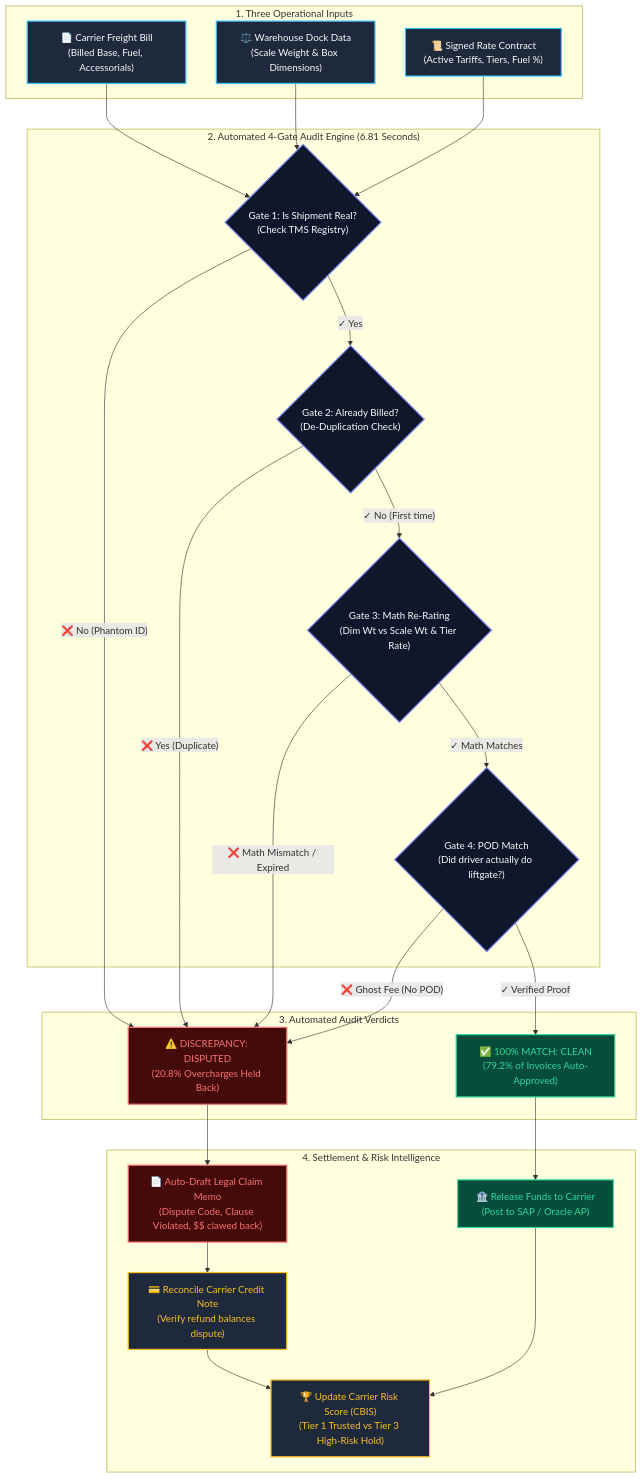
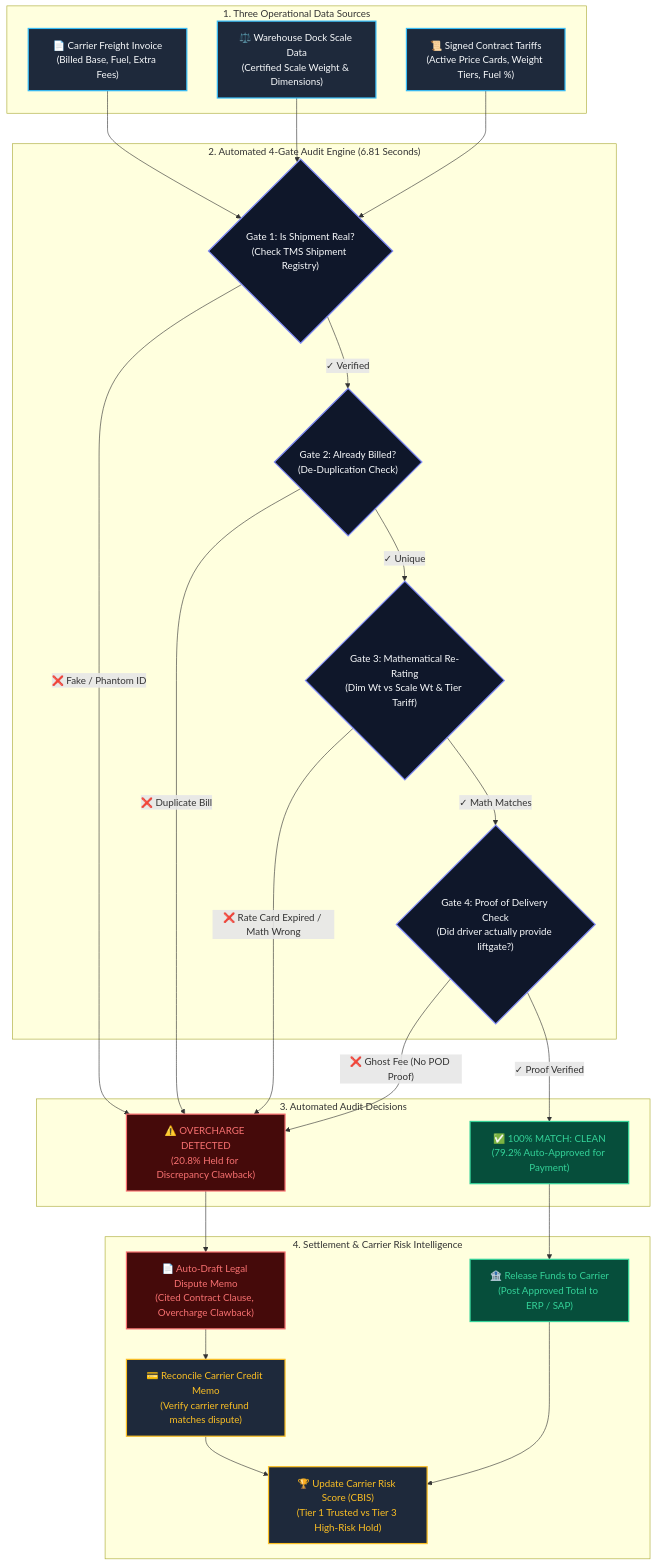
Before and after one commit to luffy-2601/Yottaflex-AI: the diagram in README.md, drawn with Mermaid. The commit also changed other lines of this file and 6 other files, not shown here.

````diff
--- a/README.md
+++ b/README.md
@@ -40,52 +84,48 @@
 ```mermaid
 flowchart TD
     classDef input fill:#1e293b,stroke:#38bdf8,stroke-width:2px,color:#f8fafc;
     classDef engine fill:#0f172a,stroke:#818cf8,stroke-width:2px,color:#f8fafc;
     classDef clean fill:#064e3b,stroke:#34d399,stroke-width:2px,color:#34d399;
     classDef dispute fill:#450a0a,stroke:#f87171,stroke-width:2px,color:#f87171;
     classDef post fill:#1e293b,stroke:#fbbf24,stroke-width:2px,color:#fbbf24;
 
-    subgraph Inputs["1. Three Operational Inputs"]
-        A["📄 Carrier Freight Bill<br/>(Billed Base, Fuel, Accessorials)"]:::input
-        B["⚖️ Warehouse Dock Data<br/>(Scale Weight & Box Dimensions)"]:::input
-        C["📜 Signed Rate Contract<br/>(Active Tariffs, Tiers, Fuel %)"]:::input
+    subgraph Inputs["1. Three Operational Data Sources"]
+        A["📄 Carrier Freight Invoice<br/>(Billed Base, Fuel, Extra Fees)"]:::input
+        B["⚖️ Warehouse Dock Scale Data<br/>(Certified Scale Weight & Dimensions)"]:::input
+        C["📜 Signed Contract Tariffs<br/>(Active Price Cards, Weight Tiers, Fuel %)"]:::input
     end
 
     subgraph AuditEngine["2. Automated 4-Gate Audit Engine (6.81 Seconds)"]
-        Gate1{"Gate 1: Is Shipment Real?<br/>(Check TMS Registry)"}:::engine
+        Gate1{"Gate 1: Is Shipment Real?<br/>(Check TMS Shipment Registry)"}:::engine
         Gate2{"Gate 2: Already Billed?<br/>(De-Duplication Check)"}:::engine
-        Gate3{"Gate 3: Math Re-Rating<br/>(Dim Wt vs Scale Wt & Tier Rate)"}:::engine
-        Gate4{"Gate 4: POD Match<br/>(Did driver actually do liftgate?)"}:::engine
+        Gate3{"Gate 3: Mathematical Re-Rating<br/>(Dim Wt vs Scale Wt & Tier Tariff)"}:::engine
+        Gate4{"Gate 4: Proof of Delivery Check<br/>(Did driver actually provide liftgate?)"}:::engine
     end
 
-    subgraph Decisions["3. Automated Audit Verdicts"]
-        CleanVerdict["✅ 100% MATCH: CLEAN<br/>(79.2% of Invoices Auto-Approved)"]:::clean
-        DisputeVerdict["⚠️ DISCREPANCY: DISPUTED<br/>(20.8% Overcharges Held Back)"]:::dispute
+    subgraph Decisions["3. Automated Audit Decisions"]
+        CleanVerdict["✅ 100% MATCH: CLEAN<br/>(79.2% Auto-Approved for Payment)"]:::clean
+        DisputeVerdict["⚠️ OVERCHARGE DETECTED<br/>(20.8% Held for Discrepancy Clawback)"]:::dispute
     end
 
-    subgraph Settlement["4. Settlement & Risk Intelligence"]
-        Payment["🏦 Release Funds to Carrier<br/>(Post to SAP / Oracle AP)"]:::clean
-        LegalMemo["📄 Auto-Draft Legal Claim Memo<br/>(Dispute Code, Clause Violated, $$ clawed back)"]:::dispute
-        CreditReconcile["💳 Reconcile Carrier Credit Note<br/>(Verify refund balances dispute)"]:::post
+    subgraph Settlement["4. Settlement & Carrier Risk Intelligence"]
+        Payment["🏦 Release Funds to Carrier<br/>(Post Approved Total to ERP / SAP)"]:::clean
+        LegalMemo["📄 Auto-Draft Legal Dispute Memo<br/>(Cited Contract Clause, Overcharge Clawback)"]:::dispute
+        CreditReconcile["💳 Reconcile Carrier Credit Memo<br/>(Verify carrier refund matches dispute)"]:::post
         RiskScoring["🏆 Update Carrier Risk Score (CBIS)<br/>(Tier 1 Trusted vs Tier 3 High-Risk Hold)"]:::post
     end
 
-    %% Flow connections
     A & B & C --> Gate1
-    Gate1 -- "❌ No (Phantom ID)" --> DisputeVerdict
-    Gate1 -- "✓ Yes" --> Gate2
-
-    Gate2 -- "❌ Yes (Duplicate)" --> DisputeVerdict
-    Gate2 -- "✓ No (First time)" --> Gate3
-
-    Gate3 -- "❌ Math Mismatch / Expired" --> DisputeVerdict
+    Gate1 -- "❌ Fake / Phantom ID" --> DisputeVerdict
+    Gate1 -- "✓ Verified" --> Gate2
+    Gate2 -- "❌ Duplicate Bill" --> DisputeVerdict
+    Gate2 -- "✓ Unique" --> Gate3
+    Gate3 -- "❌ Rate Card Expired / Math Wrong" --> DisputeVerdict
     Gate3 -- "✓ Math Matches" --> Gate4
-
-    Gate4 -- "❌ Ghost Fee (No POD)" --> DisputeVerdict
-    Gate4 -- "✓ Verified Proof" --> CleanVerdict
+    Gate4 -- "❌ Ghost Fee (No POD Proof)" --> DisputeVerdict
+    Gate4 -- "✓ Proof Verified" --> CleanVerdict
 
     CleanVerdict --> Payment
     DisputeVerdict --> LegalMemo
     LegalMemo --> CreditReconcile
     CreditReconcile & Payment --> RiskScoring
 ```
````
